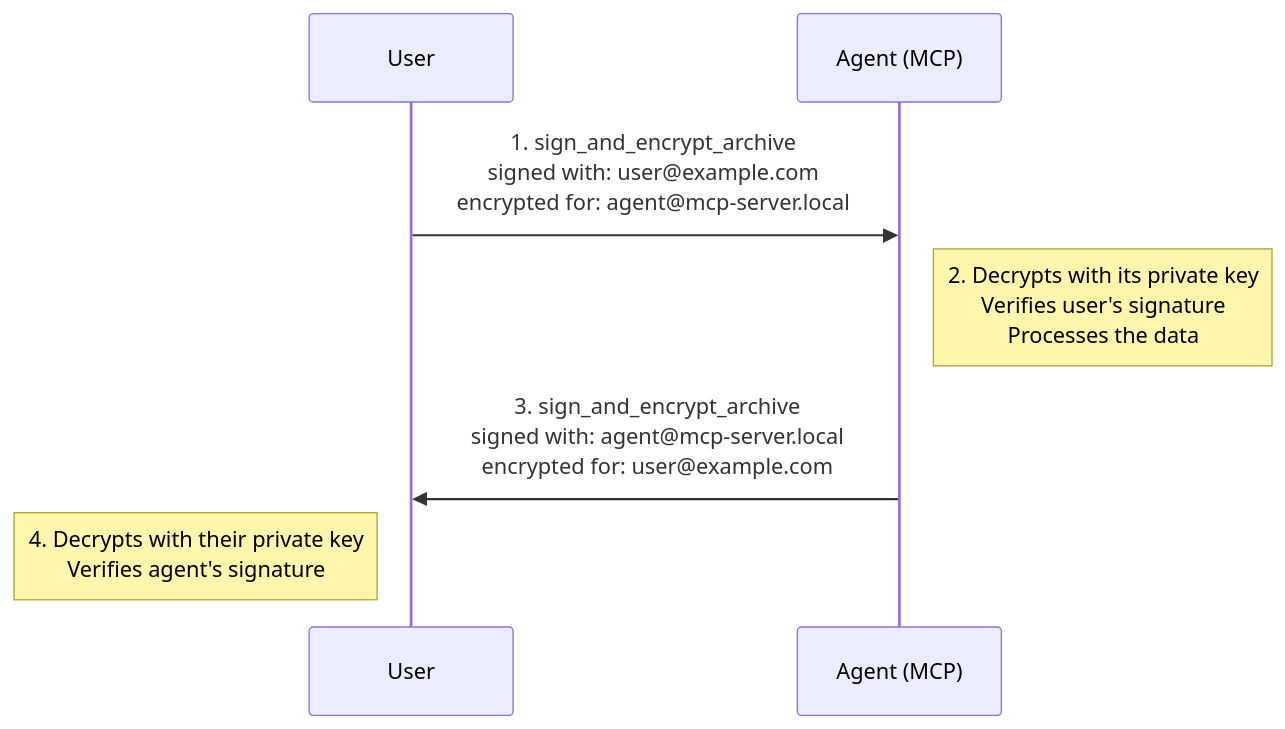
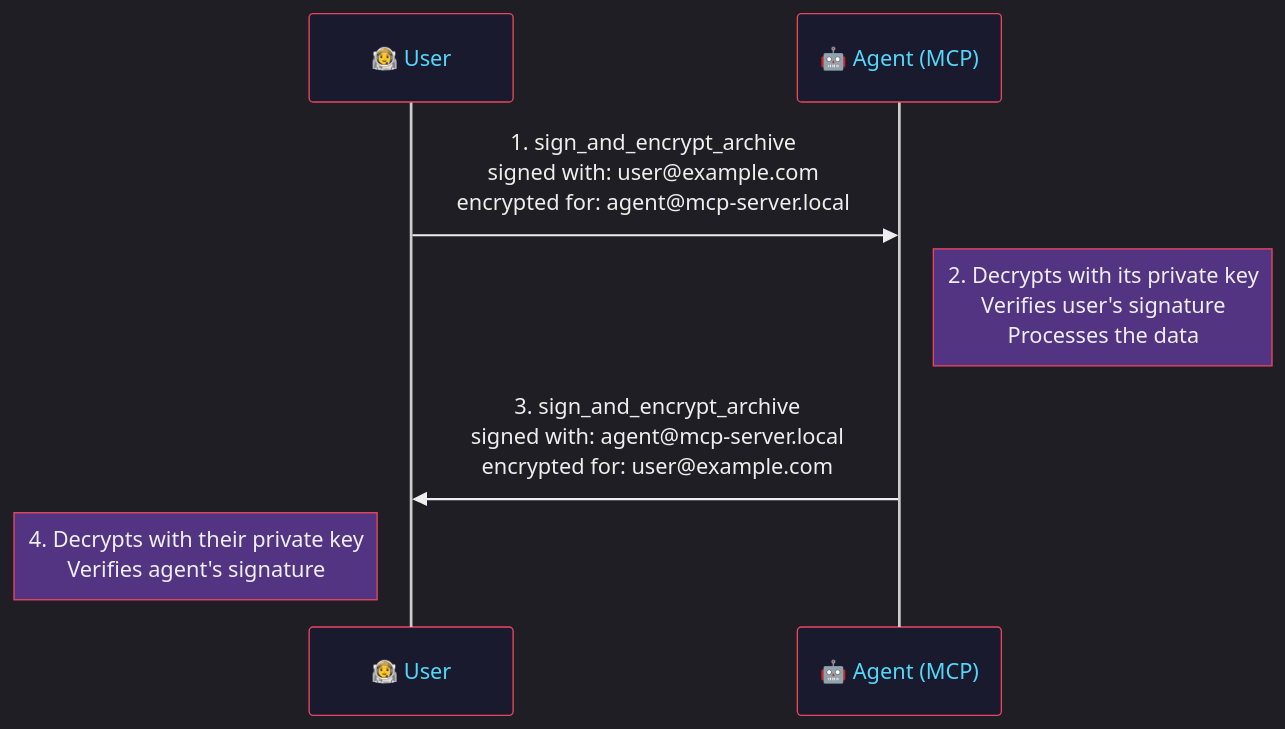
One commit to 8r4n/zstar-mcp-server changed the second of 3 diagrams in README.md. Above: the diagram before and after it, drawn with Mermaid. The commit also changed other lines of this file, not shown here.

Commit message:
docs: galactic Mermaid color scheme, marketing pitch, and updated tagline

````diff
--- a/README.md
+++ b/README.md
@@ -428,13 +453,14 @@
 ```mermaid
+%%{init: {'theme': 'dark', 'themeVariables': {'actorBkg': '#1a1a2e', 'actorTextColor': '#53d8fb', 'actorBorder': '#e94560', 'signalColor': '#eee', 'signalTextColor': '#eee', 'noteBkgColor': '#533483', 'noteTextColor': '#eee', 'noteBorderColor': '#e94560', 'sequenceNumberColor': '#f5a623'}}}%%
 sequenceDiagram
-    participant User
-    participant Agent as Agent (MCP)
+    participant User as 🧑‍🚀 User
+    participant Agent as 🤖 Agent (MCP)
 
     User->>Agent: 1. sign_and_encrypt_archive<br/>signed with: user@example.com<br/>encrypted for: agent@mcp-server.local
 
     Note right of Agent: 2. Decrypts with its private key<br/>Verifies user's signature<br/>Processes the data
 
     Agent->>User: 3. sign_and_encrypt_archive<br/>signed with: agent@mcp-server.local<br/>encrypted for: user@example.com
 
     Note left of User: 4. Decrypts with their private key<br/>Verifies agent's signature
 ```
````
